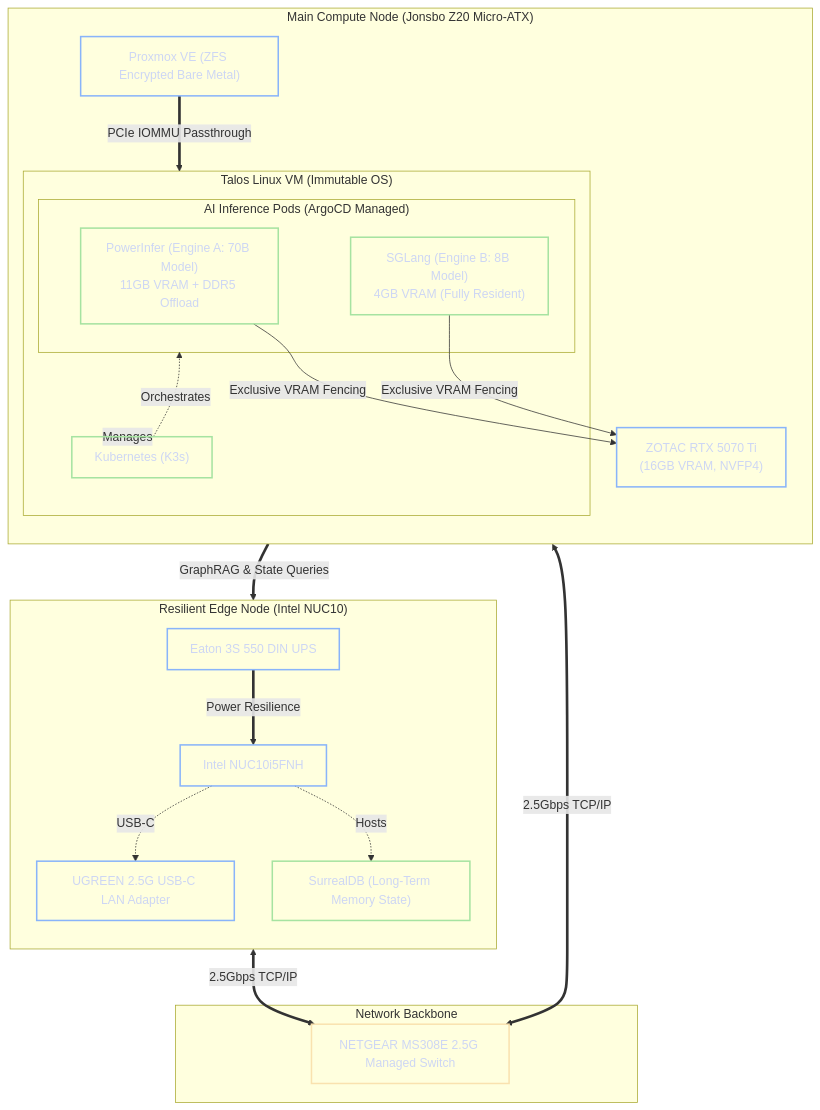
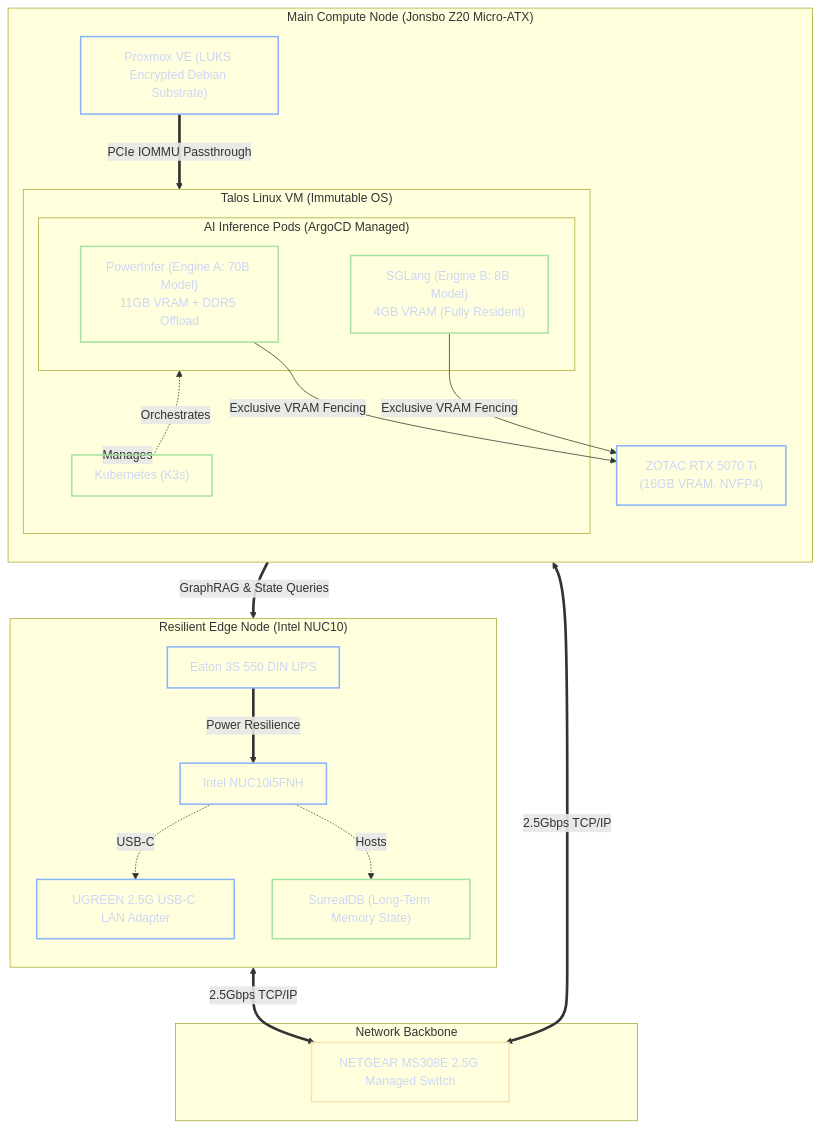
One commit to foersben/janus-synapse-edge changed the diagram in docs/00. Architecture Overview & Constraints Strategy.md. Above: the diagram before and after it, drawn with Mermaid. The commit also changed other lines of this file and 8 other files, not shown here.

Commit message:
LUKS encryption adjustments due to Proxmox changes

````diff
--- a/docs/00. Architecture Overview & Constraints Strategy.md
+++ b/docs/00. Architecture Overview & Constraints Strategy.md
@@ -57,54 +58,54 @@
 ```mermaid
 flowchart TD
     %% Styling Definitions
     classDef hardware fill:transparent,stroke:#89b4fa,stroke-width:2px,color:#cdd6f4
     classDef software fill:transparent,stroke:#a6e3a1,stroke-width:2px,color:#cdd6f4
     classDef network fill:transparent,stroke:#f9e2af,stroke-width:2px,color:#cdd6f4
 
     subgraph MainCompute["Main Compute Node (Jonsbo Z20 Micro-ATX)"]
         direction TB
-        Proxmox["Proxmox VE (ZFS Encrypted Bare Metal)"]:::hardware
+        Proxmox["Proxmox VE (LUKS Encrypted Debian Substrate)"]:::hardware
 
         subgraph TalosVM["Talos Linux VM (Immutable OS)"]
             K3s["Kubernetes (K3s)"]:::software
 
             subgraph AI_Pods["AI Inference Pods (ArgoCD Managed)"]
                 PowerInfer["PowerInfer (Engine A: 70B Model)<br/>11GB VRAM + DDR5 Offload"]:::software
                 SGLang["SGLang (Engine B: 8B Model)<br/>4GB VRAM (Fully Resident)"]:::software
             end
         end
 
         GPU["ZOTAC RTX 5070 Ti<br/>(16GB VRAM, NVFP4)"]:::hardware
 
         %% Connections inside Main Compute
         Proxmox == "PCIe IOMMU Passthrough" ==> TalosVM
         TalosVM -. "Manages" .-> K3s
         K3s -. "Orchestrates" .-> AI_Pods
         PowerInfer -- "Exclusive VRAM Fencing" --> GPU
         SGLang -- "Exclusive VRAM Fencing" --> GPU
     end
 
     subgraph Network["Network Backbone"]
         Switch["NETGEAR MS308E 2.5G Managed Switch"]:::network
     end
 
     subgraph EdgeNode["Resilient Edge Node (Intel NUC10)"]
         direction TB
         EatonUPS["Eaton 3S 550 DIN UPS"]:::hardware
         NUC["Intel NUC10i5FNH"]:::hardware
         Adapter["UGREEN 2.5G USB-C LAN Adapter"]:::hardware
         SurrealDB["SurrealDB (Long-Term Memory State)"]:::software
 
         %% Connections inside Edge Node
         EatonUPS == "Power Resilience" ==> NUC
         NUC -. "USB-C" .-> Adapter
         NUC -. "Hosts" .-> SurrealDB
     end
 
     %% External Connections
     MainCompute <== "2.5Gbps TCP/IP" ==> Switch
     Adapter <== "2.5Gbps TCP/IP" ==> Switch
 
     %% Logical Interactions
     AI_Pods == "GraphRAG & State Queries" ==> SurrealDB
 ```
````
